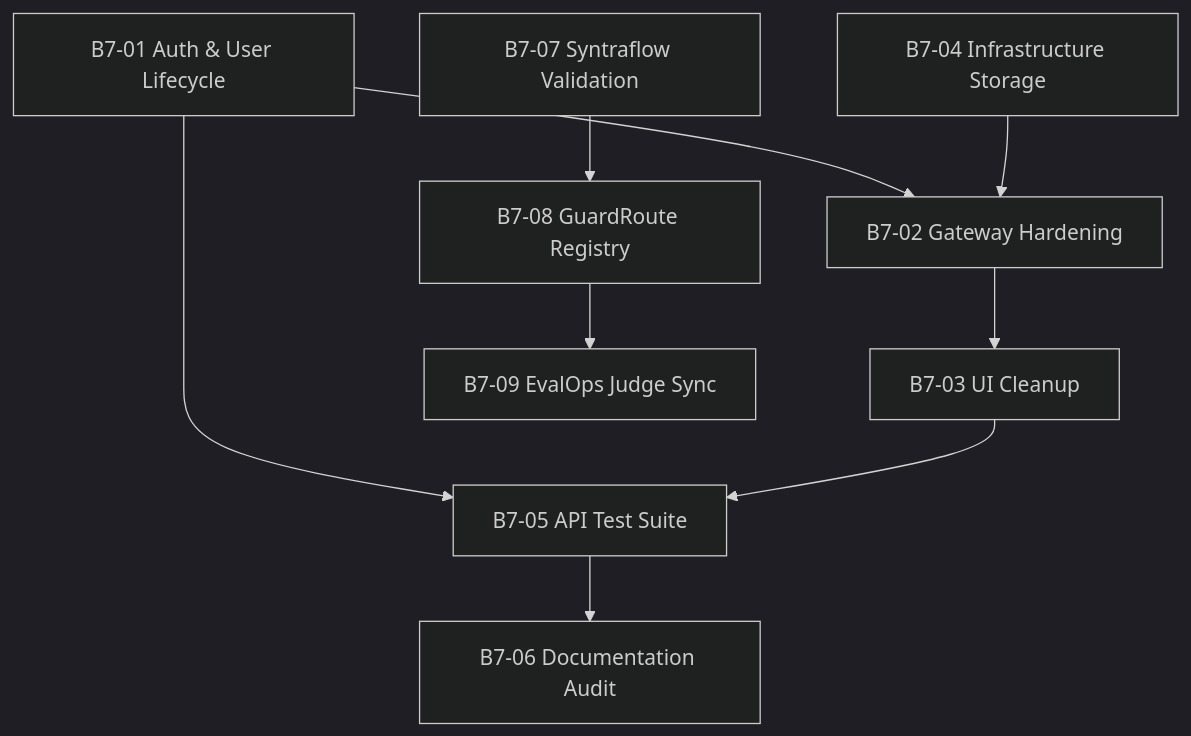
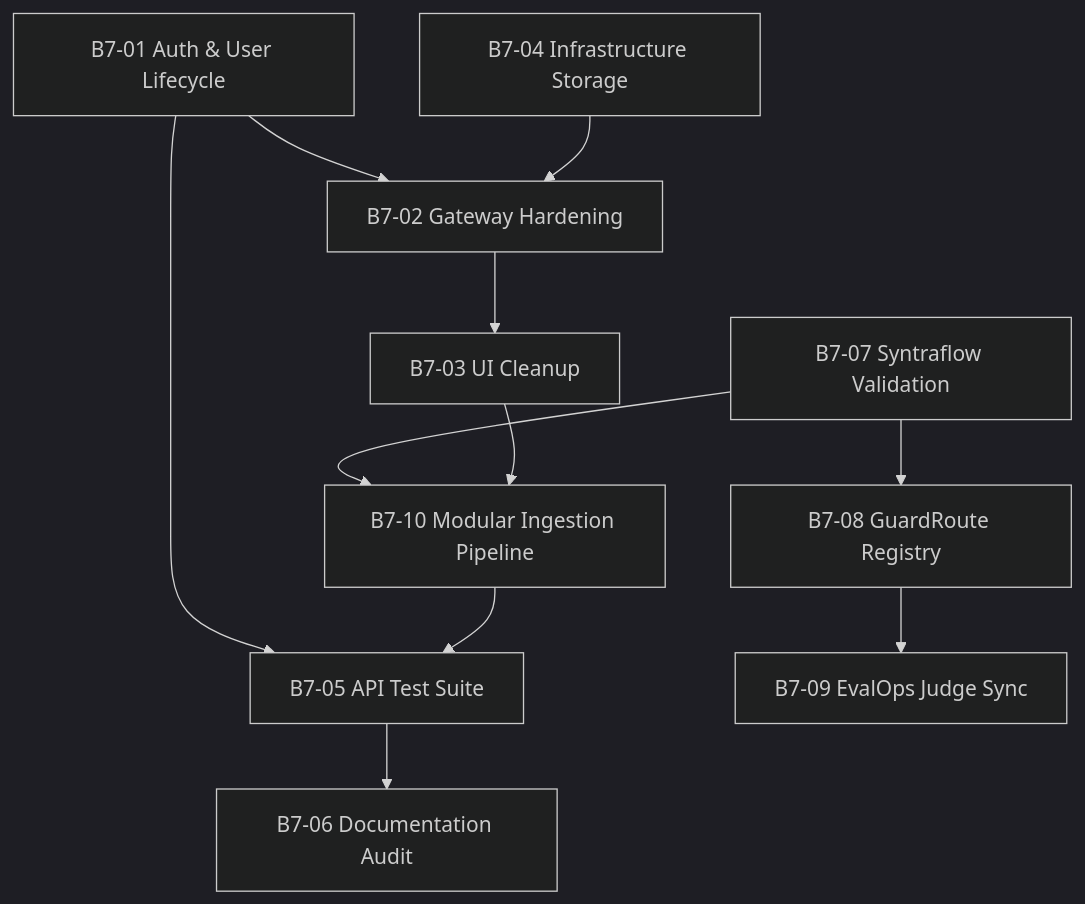
The diagram in tasks/v7/tasks.md (AkshatTilak/agent_buildable_base), drawn with Mermaid (dark theme) before and after one commit. The commit also changed other lines of this file and 8 other files, not shown here.

Commit message:
feat: implement V7 modular ingestion pipeline registry and update system documentation

````diff
--- a/tasks/v7/tasks.md
+++ b/tasks/v7/tasks.md
@@ -36,11 +37,13 @@
 ```mermaid
 graph TD
     B01[B7-01 Auth & User Lifecycle] --> B02[B7-02 Gateway Hardening]
     B01 --> B05[B7-05 API Test Suite]
     B02 --> B03[B7-03 UI Cleanup]
     B04[B7-04 Infrastructure Storage] --> B02
     B07[B7-07 Syntraflow Validation] --> B08[B7-08 GuardRoute Registry]
     B08 --> B09[B7-09 EvalOps Judge Sync]
-    B03 --> B05
+    B07 --> B10[B7-10 Modular Ingestion Pipeline]
+    B03 --> B10
+    B10 --> B05
     B05 --> B06[B7-06 Documentation Audit]
 ```
````
